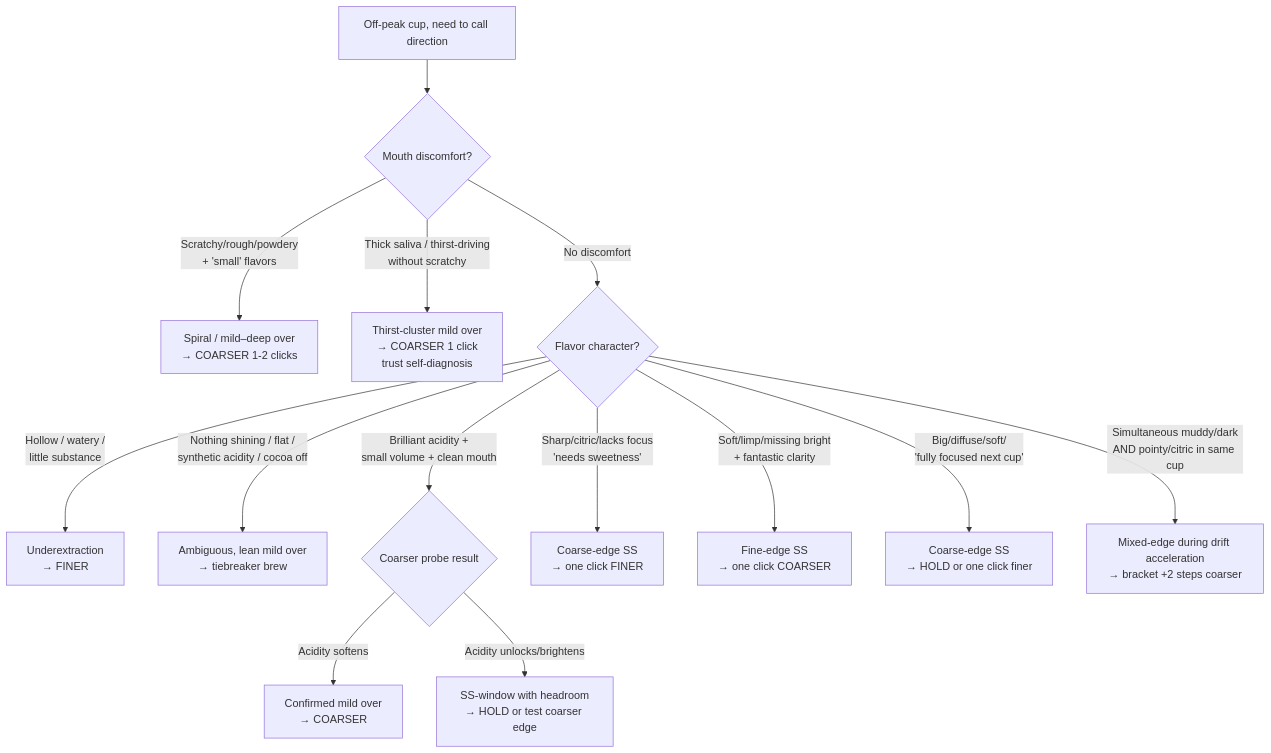
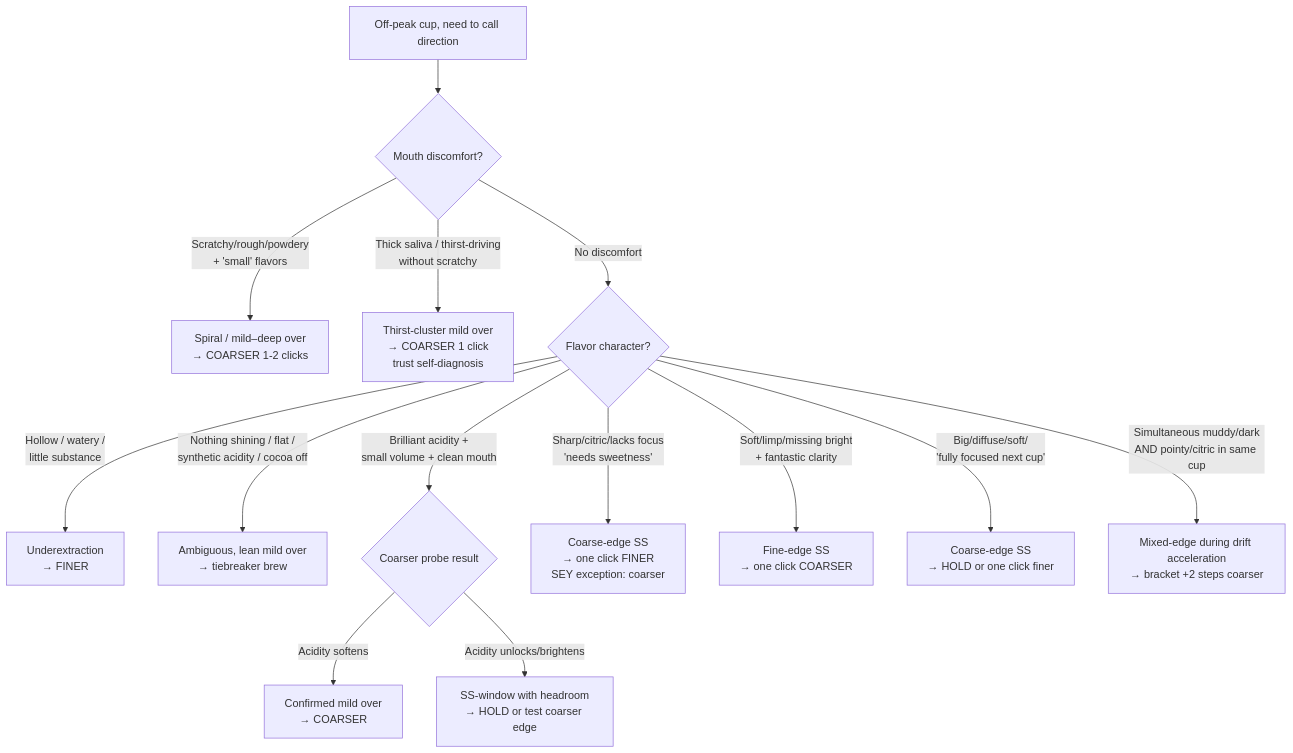
One commit to manuscriptmastr/coffee-journal changed the diagram in joshua-martin/profile.md. Above: the diagram before and after it, drawn with Mermaid. The commit also changed other lines of this file, not shown here.

````diff
--- a/joshua-martin/profile.md
+++ b/joshua-martin/profile.md
@@ -557,16 +227,16 @@
 ```mermaid
 flowchart TD
     A[Off-peak cup, need to call direction] --> B{Mouth discomfort?}
     B -->|Scratchy/rough/powdery<br/>+ 'small' flavors| C[Spiral / mild–deep over<br/>→ COARSER 1-2 clicks]
     B -->|Thick saliva / thirst-driving<br/>without scratchy| T[Thirst-cluster mild over<br/>→ COARSER 1 click<br/>trust self-diagnosis]
     B -->|No discomfort| D{Flavor character?}
     D -->|Hollow / watery /<br/>little substance| E[Underextraction<br/>→ FINER]
     D -->|Nothing shining / flat /<br/>synthetic acidity / cocoa off| F[Ambiguous, lean mild over<br/>→ tiebreaker brew]
     D -->|Brilliant acidity +<br/>small volume + clean mouth| G{Coarser probe result}
     G -->|Acidity softens| H[Confirmed mild over<br/>→ COARSER]
     G -->|Acidity unlocks/brightens| I[SS-window with headroom<br/>→ HOLD or test coarser edge]
-    D -->|Sharp/citric/lacks focus<br/>'needs sweetness'| J[Coarse-edge SS<br/>→ one click FINER]
+    D -->|Sharp/citric/lacks focus<br/>'needs sweetness'| J[Coarse-edge SS<br/>→ one click FINER<br/>SEY exception: coarser]
     D -->|Soft/limp/missing bright<br/>+ fantastic clarity| K[Fine-edge SS<br/>→ one click COARSER]
     D -->|Big/diffuse/soft/<br/>'fully focused next cup'| L[Coarse-edge SS<br/>→ HOLD or one click finer]
     D -->|Simultaneous muddy/dark<br/>AND pointy/citric in same cup| M[Mixed-edge during drift acceleration<br/>→ bracket +2 steps coarser]
 ```
````
